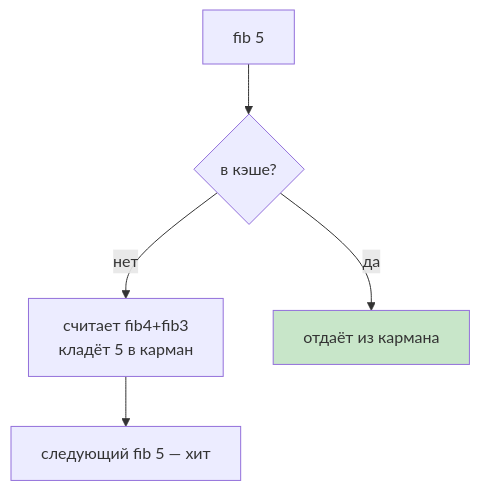
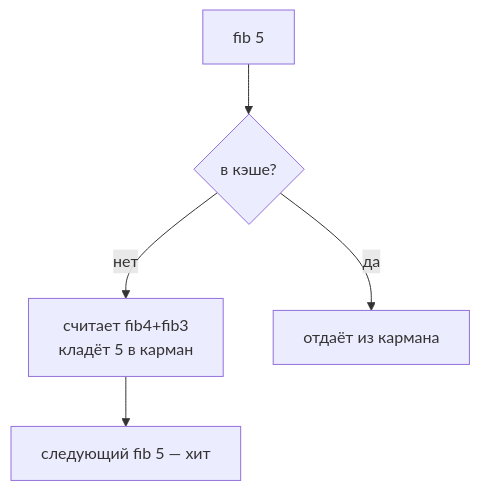
Before and after one commit to JayStorm228/College: the sixth of 6 diagrams in 02_Курсы/01. Инженерные практики Python/01_Лекции/07. Декораторы.md, drawn with Mermaid. The commit also changed other lines of this file and 30 other files, not shown here.

First line of the commit message:
переименование NumPy лекций под академические заголовки + стандартные диаграммы

````diff
--- a/02_Курсы/01. Инженерные практики Python/01_Лекции/07. Декораторы.md
+++ b/02_Курсы/01. Инженерные практики Python/01_Лекции/07. Декораторы.md
@@ -348,8 +339,7 @@
 ```mermaid
 flowchart TD
   C1[fib 5] --> Q{в кэше?}
   Q -- нет --> Calc[считает fib4+fib3<br>кладёт 5 в карман]
   Q -- да --> Hit[отдаёт из кармана]
   Calc --> Hit2[следующий fib 5 — хит]
-  style Hit fill:#c8e6c9
 ```
````
